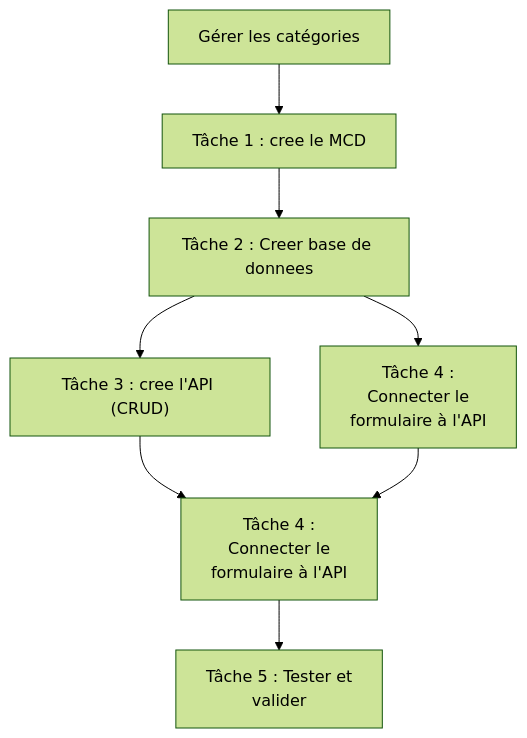
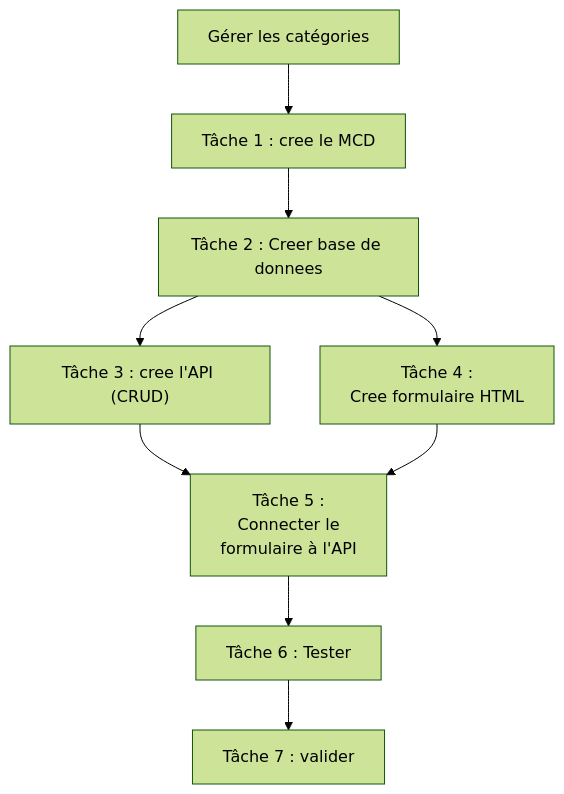
One commit to MESBAHI-Nour/Mobile-tuto changed the diagram in Organiser-suivre-travail-projet/decomposer-fonctionnalite-taches/Decomposer-fonctionnalite.mmd. Above: the diagram before and after it, drawn with Mermaid (forest theme). The commit also changed 1 other file, not shown here.

```diff
--- a/Organiser-suivre-travail-projet/decomposer-fonctionnalite-taches/Decomposer-fonctionnalite.mmd
+++ b/Organiser-suivre-travail-projet/decomposer-fonctionnalite-taches/Decomposer-fonctionnalite.mmd
@@ -1,23 +1,27 @@
 flowchart TD
 
     A["Gérer les catégories"]
     
     B["Tâche 1 : cree le MCD"]
     
     C["Tâche 2 : Creer base de donnees"]
     
     D["Tâche 3 : cree l'API (CRUD)"]
 
-    E["Tâche 4 :<br>Connecter le<br>formulaire à l'API"]
+    E["Tâche 4 :<br>Cree formulaire HTML"]
     
-    F["Tâche 4 :<br>Connecter le<br>formulaire à l'API"]
+    F["Tâche 5 :<br>Connecter le<br>formulaire à l'API"]
     
-    G["Tâche 5 : Tester et<br>valider"]
+    G["Tâche 6 : Tester"]
+    
+    H["Tâche 7 : valider"]
+
 
     A --> B
     B --> C
     C --> D
     C --> E
     D --> F
     E --> F
     F --> G
+    G --> H
```
